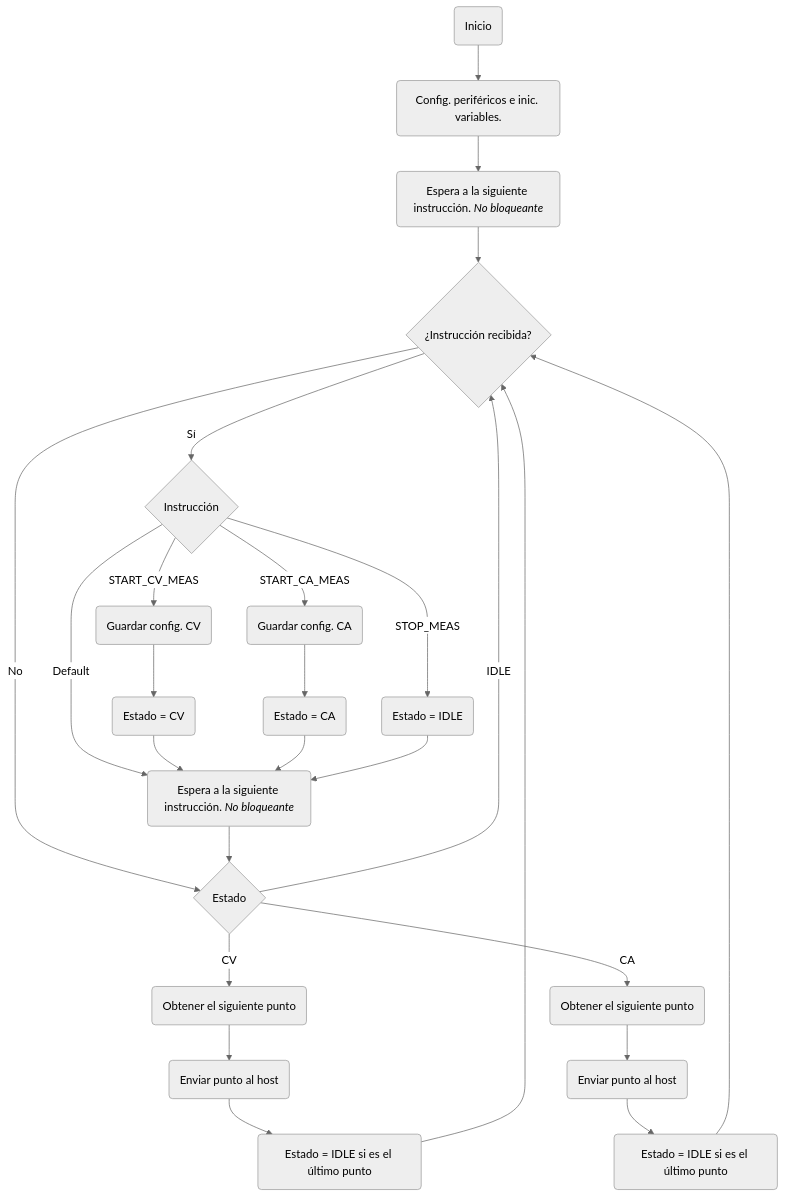
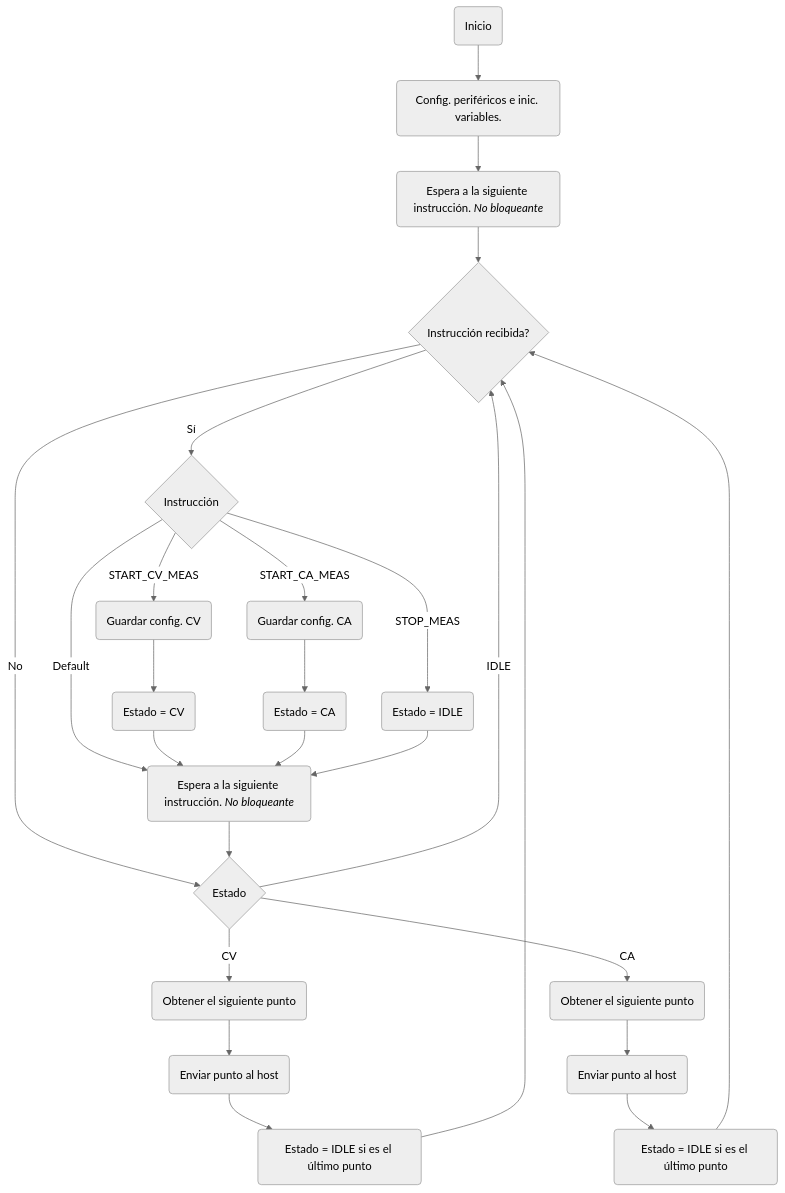
Before and after one commit to Biomedical-Electronics/masbstat-arlevino_grc32: the third of 5 diagrams in Docs/REPORT_ES.md, drawn with Mermaid (neutral theme). The commit also changed other lines of this file and 1 other file, not shown here.

Commit message:
image files updated and '¿' character taken out from mermaid graphs.

````diff
--- a/Docs/REPORT_ES.md
+++ b/Docs/REPORT_ES.md
@@ -293,27 +293,27 @@
 ```mermaid
   graph TD
     A(Inicio) --> B(Config. periféricos e inic. variables.)
     B --> C(Espera a la siguiente instrucción. <i>No bloqueante</i>)
-    C --> D{¿Instrucción recibida?}
+    C --> D{Instrucción recibida?}
     D --> |Sí|E{Instrucción}
     E --> |START_CV_MEAS|F(Guardar config. CV)
     F --> G(Estado = CV)
     E --> |START_CA_MEAS|H(Guardar config. CA)
     H --> I(Estado = CA)
     E --> |STOP_MEAS|J(Estado = IDLE)
     E --> |Default|K(Espera a la siguiente instrucción. <i>No bloqueante</i>)
     G --> K
     I --> K
     J --> K
     D --> |No|L{Estado}
     K --> L
     L --> |CV|M(Obtener el siguiente punto)
     M --> N(Enviar punto al host)
     N --> O(Estado = IDLE si es el último punto)
     L --> |CA|P(Obtener el siguiente punto)
     P --> Q(Enviar punto al host)
     Q --> R(Estado = IDLE si es el último punto)
     L --> |IDLE|D
     O --> D
     R --> D
 ```
````
